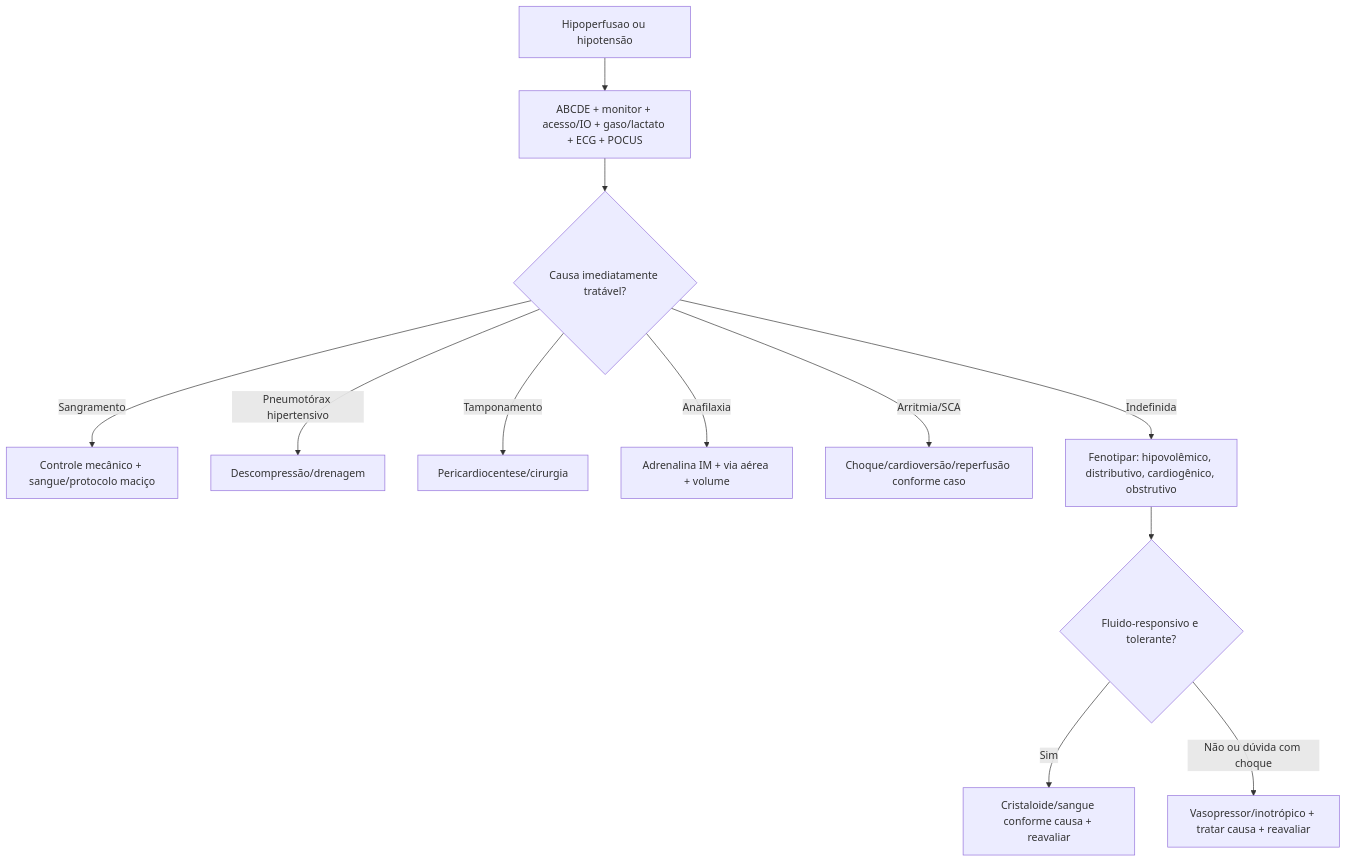
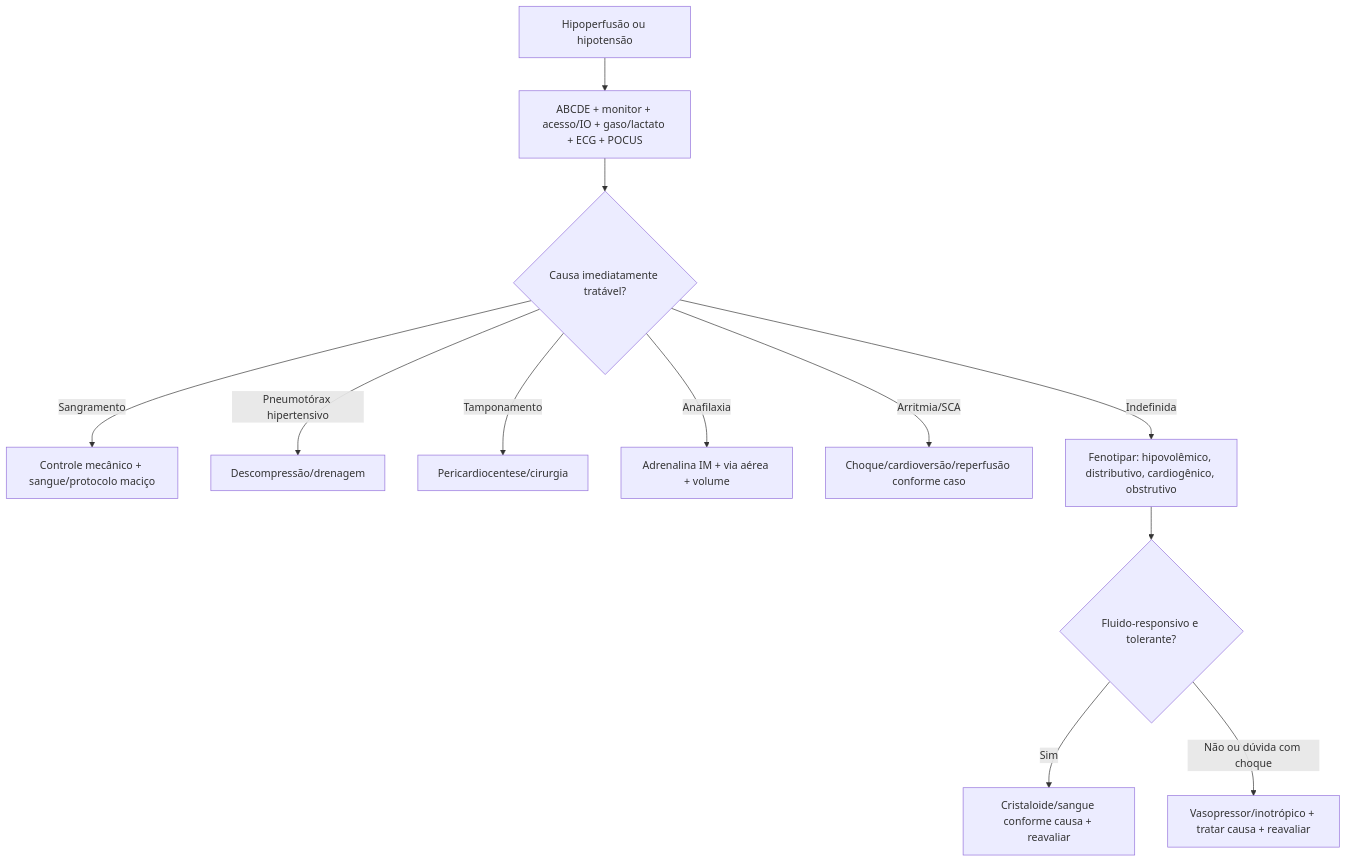
The first of 3 diagrams in Intensivao/temas/006_choque-sepse-vasoativos.md (ThiagoPersona/emergencia26), drawn with Mermaid before and after one commit. The commit also changed other lines of this file and 4 other files, not shown here.

````diff
--- a/Intensivao/temas/006_choque-sepse-vasoativos.md
+++ b/Intensivao/temas/006_choque-sepse-vasoativos.md
@@ -159,14 +187,14 @@
 ```mermaid
 flowchart TD
-    A["Hipoperfusao ou hipotensão"] --> B["ABCDE + monitor + acesso/IO + gaso/lactato + ECG + POCUS"]
+    A["Hipoperfusão ou hipotensão"] --> B["ABCDE + monitor + acesso/IO + gaso/lactato + ECG + POCUS"]
     B --> C{"Causa imediatamente tratável?"}
     C -->|Sangramento| D["Controle mecânico + sangue/protocolo maciço"]
     C -->|Pneumotórax hipertensivo| E["Descompressão/drenagem"]
     C -->|Tamponamento| F["Pericardiocentese/cirurgia"]
     C -->|Anafilaxia| G["Adrenalina IM + via aérea + volume"]
     C -->|Arritmia/SCA| H["Choque/cardioversão/reperfusão conforme caso"]
     C -->|Indefinida| I["Fenotipar: hipovolêmico, distributivo, cardiogênico, obstrutivo"]
     I --> J{"Fluido-responsivo e tolerante?"}
     J -->|Sim| K["Cristaloide/sangue conforme causa + reavaliar"]
     J -->|Não ou dúvida com choque| L["Vasopressor/inotrópico + tratar causa + reavaliar"]
 ```
````
